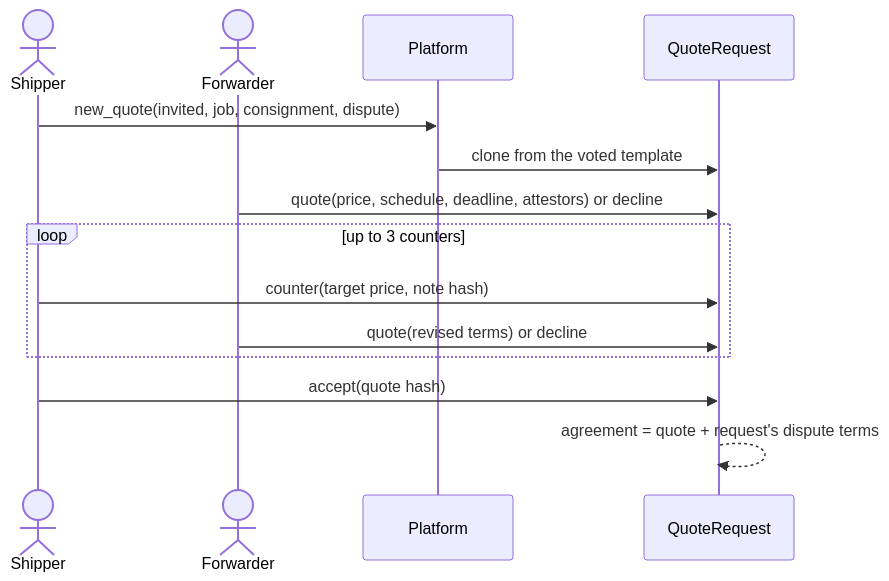
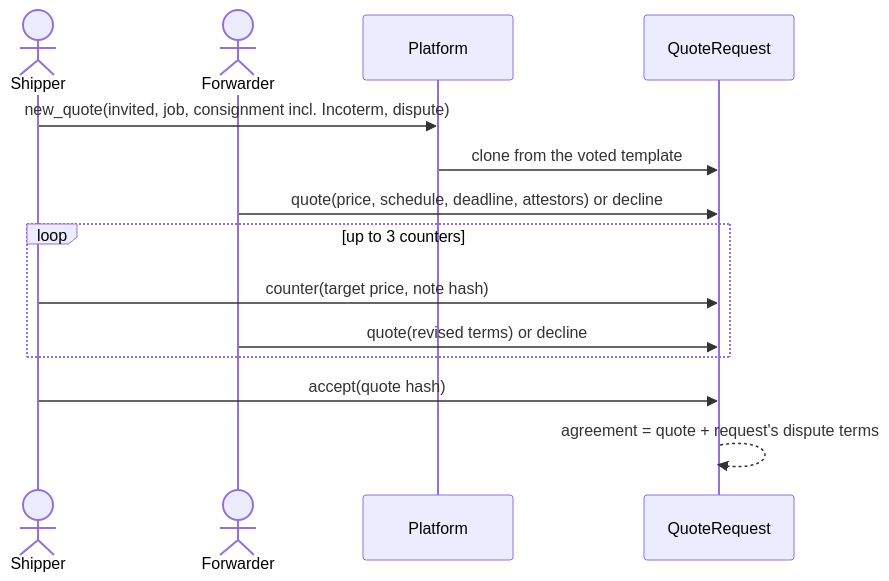
One commit to shanepreater/gajufreight changed the third of 5 diagrams in docs/hld.md. Above: the diagram before and after it, drawn with Mermaid. The commit also changed other lines of this file and 8 other files, not shown here.

````diff
--- a/docs/hld.md
+++ b/docs/hld.md
@@ -353,16 +355,16 @@
 ```mermaid
 sequenceDiagram
   actor S as Shipper
   actor F as Forwarder
   participant P as Platform
   participant Q as QuoteRequest
-  S->>P: new_quote(invited, job, consignment, dispute)
+  S->>P: new_quote(invited, job, consignment incl. Incoterm, dispute)
   P->>Q: clone from the voted template
   F->>Q: quote(price, schedule, deadline, attestors) or decline
   loop up to 3 counters
     S->>Q: counter(target price, note hash)
     F->>Q: quote(revised terms) or decline
   end
   S->>Q: accept(quote hash)
   Q-->>Q: agreement = quote + request's dispute terms
 ```
````
